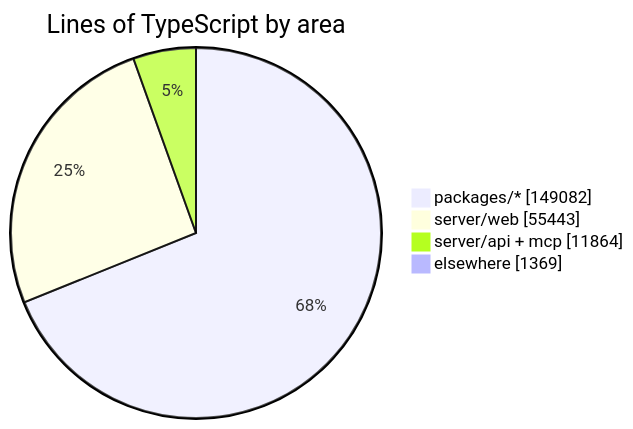
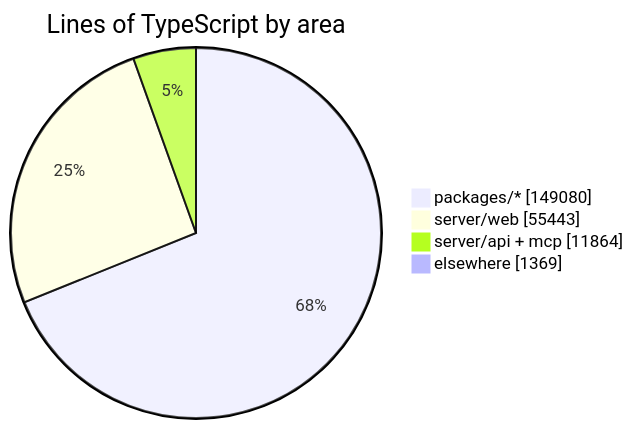
Before and after one commit to crossworks-engineering/mantle: the diagram in README.md, drawn with Mermaid. The commit also changed other lines of this file and 2 other files, not shown here.

````diff
--- a/README.md
+++ b/README.md
@@ -279,7 +279,7 @@
 ```mermaid
 pie showData title Lines of TypeScript by area
-    "packages/*" : 149082
+    "packages/*" : 149080
     "server/web" : 55443
     "server/api + mcp" : 11864
     "elsewhere" : 1369
 ```
````
